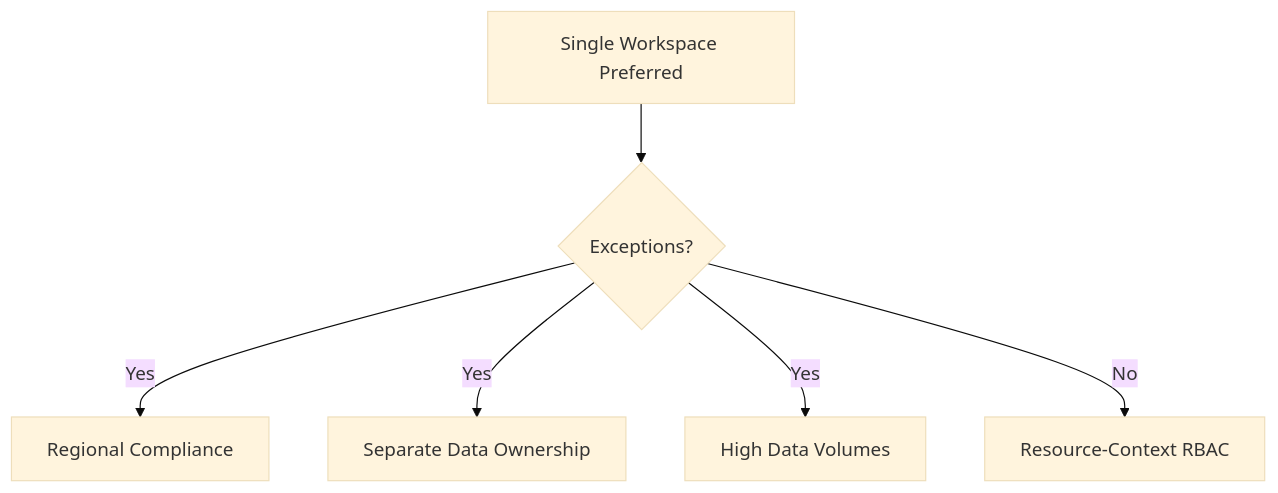
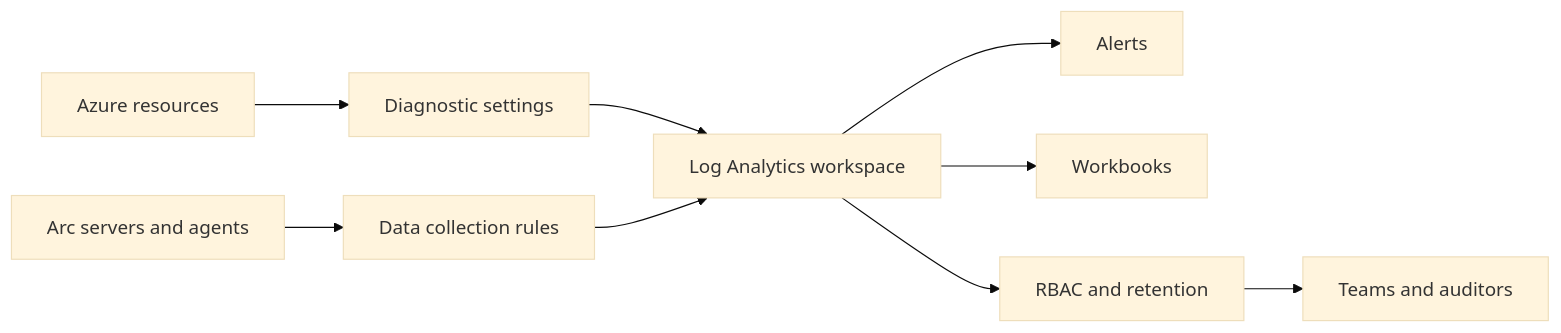
Before and after one commit to yeongseon/azure-monitoring-practical-guide: the diagram in docs/best-practices/workspace-design.md, drawn with Mermaid (base theme). The commit also changed other lines of this file and 50 other files, not shown here.

````diff
--- a/docs/best-practices/workspace-design.md
+++ b/docs/best-practices/workspace-design.md
@@ -5,8 +5,11 @@
 ```mermaid
-graph TD
-    A[Single Workspace Preferred] --> B{Exceptions?}
-    B -->|Yes| C[Regional Compliance]
-    B -->|Yes| D[Separate Data Ownership]
-    B -->|Yes| E[High Data Volumes]
-    B -->|No| F[Resource-Context RBAC]
+flowchart LR
+    A[Azure resources] --> B[Diagnostic settings]
+    C[Arc servers and agents] --> D[Data collection rules]
+    B --> E[Log Analytics workspace]
+    D --> E
+    E --> F[Alerts]
+    E --> G[Workbooks]
+    E --> H[RBAC and retention]
+    H --> I[Teams and auditors]
 ```
````
